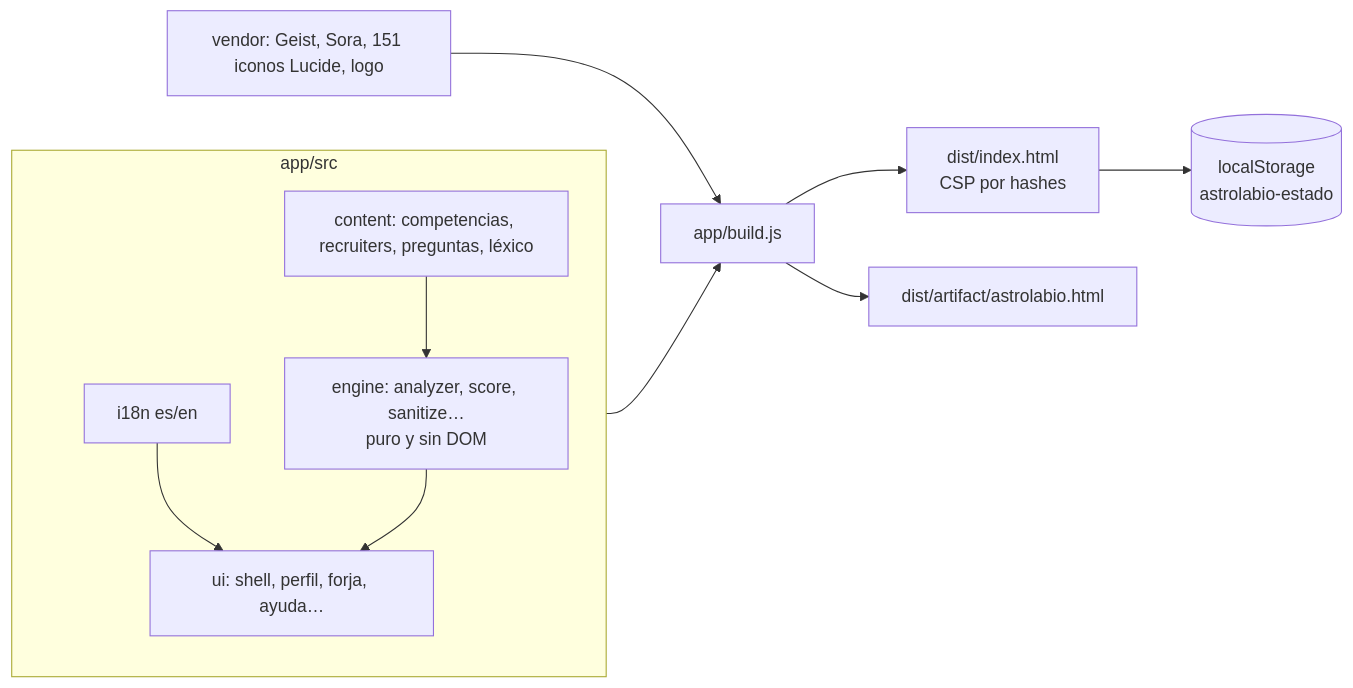
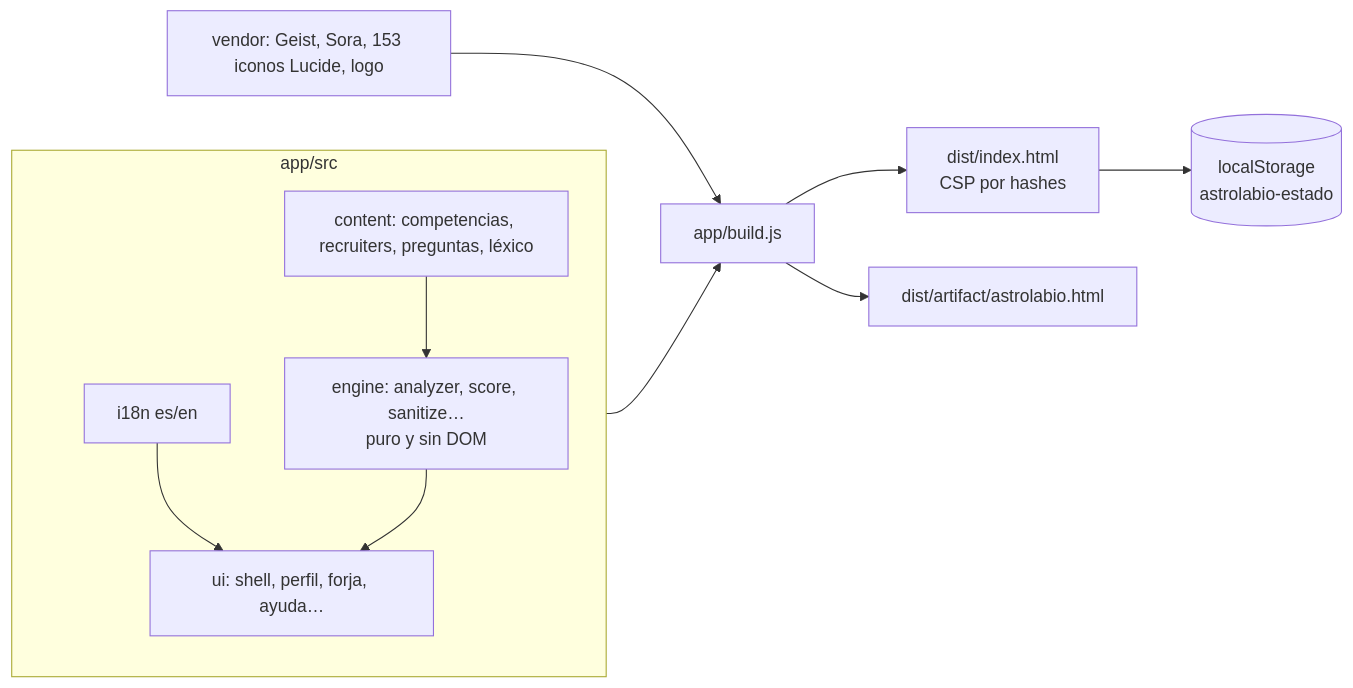
Before and after one commit to heindall92/astrolabio: the fourth of 4 diagrams in README.md, drawn with Mermaid. The commit also changed other lines of this file and 25 other files, not shown here.

````diff
--- a/README.md
+++ b/README.md
@@ -218,13 +218,13 @@
 ```mermaid
 flowchart LR
   subgraph src[app/src]
     I18N[i18n es/en] --> UI
     CONT[content: competencias, recruiters, preguntas, léxico] --> ENG
     ENG[engine: analyzer, score, sanitize…<br/>puro y sin DOM] --> UI[ui: shell, perfil, forja, ayuda…]
   end
-  V[vendor: Geist, Sora, 151 iconos Lucide, logo] --> B
+  V[vendor: Geist, Sora, 153 iconos Lucide, logo] --> B
   src --> B[app/build.js]
   B --> D[dist/index.html<br/>CSP por hashes]
   B --> A[dist/artifact/astrolabio.html]
   D --> LS[(localStorage<br/>astrolabio-estado)]
 ```
````
